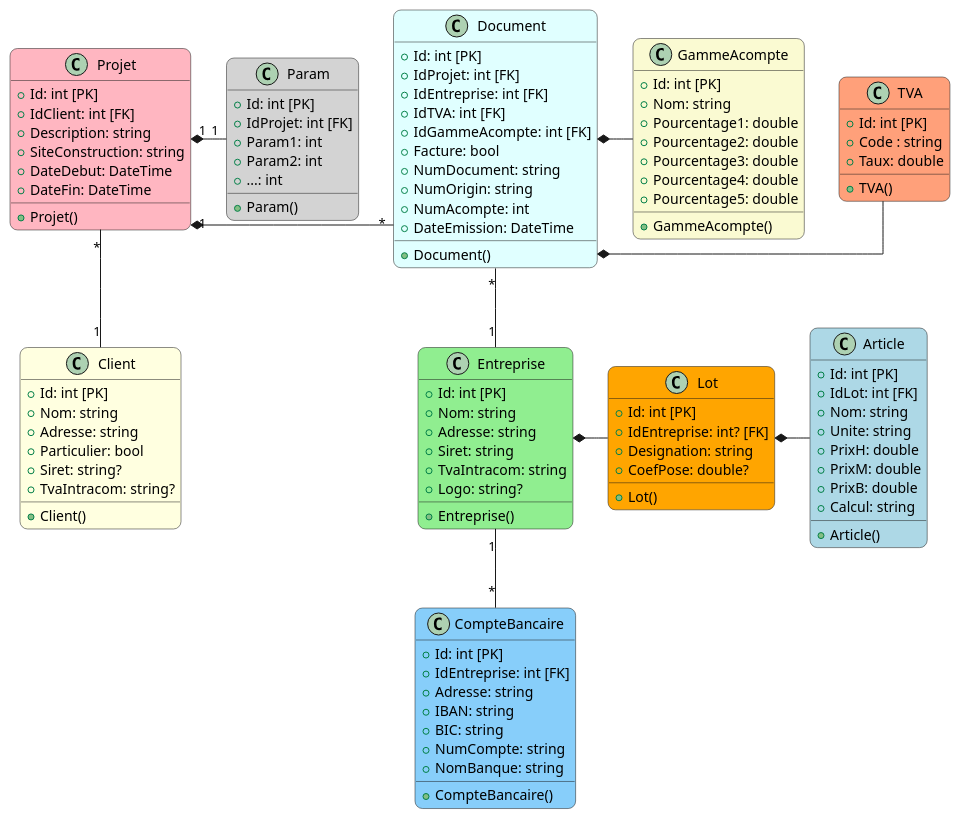
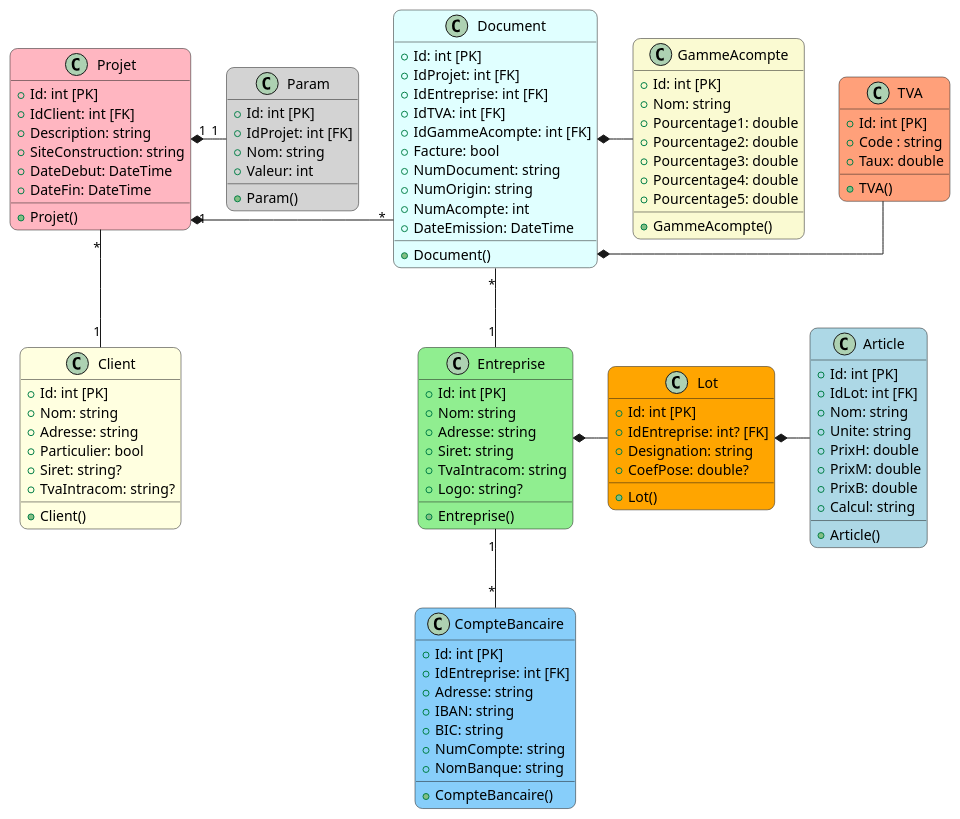
One commit to gmobetie/P2i_BHBq changed the diagram in BHBq/BHBq.puml. Above: the diagram before and after it, drawn with PlantUML. The commit also changed 24 other files, not shown here.

```diff
--- a/BHBq/BHBq.puml
+++ b/BHBq/BHBq.puml
@@ -1,141 +1,140 @@
 @startuml BHBq_Diagram
 
 skinparam defaultFontName Arial
 skinparam linetype ortho
 skinparam linewidth 2
 skinparam roundcorner 15
 
 ' Classe représentant un article qui apparaitra comme une ligne sur le devis
 class Article #lightblue {
   + Id: int [PK]
   + IdLot: int [FK]
   + Nom: string
   + Unite: string
   + PrixH: double
   + PrixM: double
   + PrixB: double
   + Calcul: string
 
   + Article()
 }
 
 ' Classe représentant un client du Groupe BHB
 class Client #lightyellow {
   + Id: int [PK]
   + Nom: string
   + Adresse: string
   + Particulier: bool
   + Siret: string?
   + TvaIntracom: string?
 
   + Client()
 }
 
 ' Classe représentant une entreprise du groupe BHB
 class Entreprise #lightgreen {
   + Id: int [PK]
   + Nom: string
   + Adresse: string
   + Siret: string
   + TvaIntracom: string
   + Logo: string?
 
   + Entreprise()
 }
 
 ' Classe représentant un lot (ensemble d'articles)
 class Lot #orange {
 
   + Id: int [PK]
   + IdEntreprise: int? [FK]
   + Designation: string
   + CoefPose: double?
 
   + Lot()
 }
 
 ' Classe représentant un projet, qui regroupe les informations relatives à un projet
 class Projet #lightpink {
   + Id: int [PK]
   + IdClient: int [FK]
   + Description: string
   + SiteConstruction: string
   + DateDebut: DateTime
   + DateFin: DateTime
 
   + Projet()
 }
 
 ' Classe représentant l'ensemble des paramètres modélisation une ou plusieurs constructions
 class Param #lightgrey {
   + Id: int [PK]
   + IdProjet: int [FK]
-  + Param1: int
-  + Param2: int
-  + ...: int
+  + Nom: string
+  + Valeur: int
 
   + Param()
 }
 
 ' Classe représentant un document type Facture, Devis, Acompte, Avenant, etc.
 class Document #lightcyan {
 
   + Id: int [PK]
   + IdProjet: int [FK]
   + IdEntreprise: int [FK]
   + IdTVA: int [FK]
   + IdGammeAcompte: int [FK]
   + Facture: bool
   + NumDocument: string
   + NumOrigin: string
   + NumAcompte: int
   + DateEmission: DateTime
 
 
   + Document()
 }
 
 class TVA #LightSalmon {
   + Id: int [PK]
   + Code : string
   + Taux: double
 
   + TVA()
 }
 
 class GammeAcompte #LightGoldenRodYellow {
   + Id: int [PK]
   + Nom: string
   + Pourcentage1: double
   + Pourcentage2: double
   + Pourcentage3: double
   + Pourcentage4: double
   + Pourcentage5: double
 
   + GammeAcompte()
 }
 
 class CompteBancaire #LightSkyBlue {
   + Id: int [PK]
   + IdEntreprise: int [FK]
   + Adresse: string
   + IBAN: string
   + BIC: string
   + NumCompte: string
   + NomBanque: string
 
   + CompteBancaire()
 }
 
 ' Relations entre les classes
 Projet "*" -- "1" Client
 Projet "1" *- "*" Document
 Projet "1" *- "1" Param
 Entreprise *- Lot
 Lot *- Article
 Document "*" -- "1" Entreprise
 Document *- TVA
 Document *- GammeAcompte
 Entreprise "1" -- "*" CompteBancaire
 
 @enduml
```
